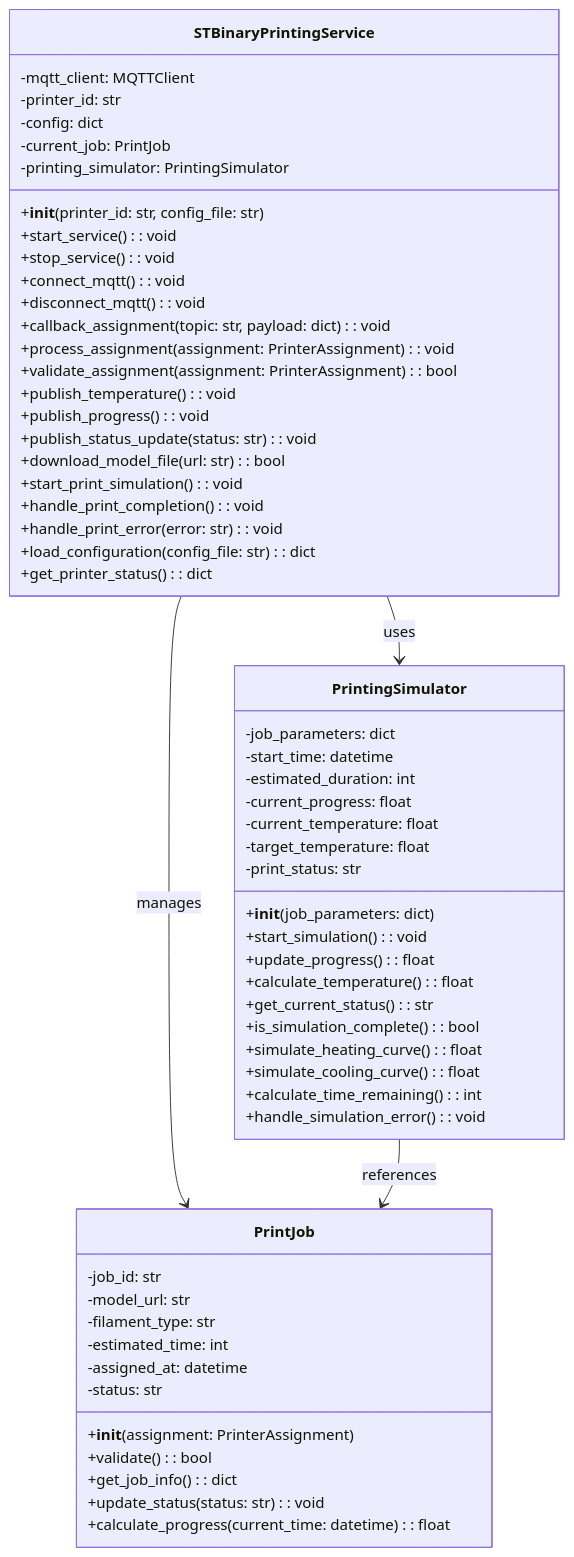
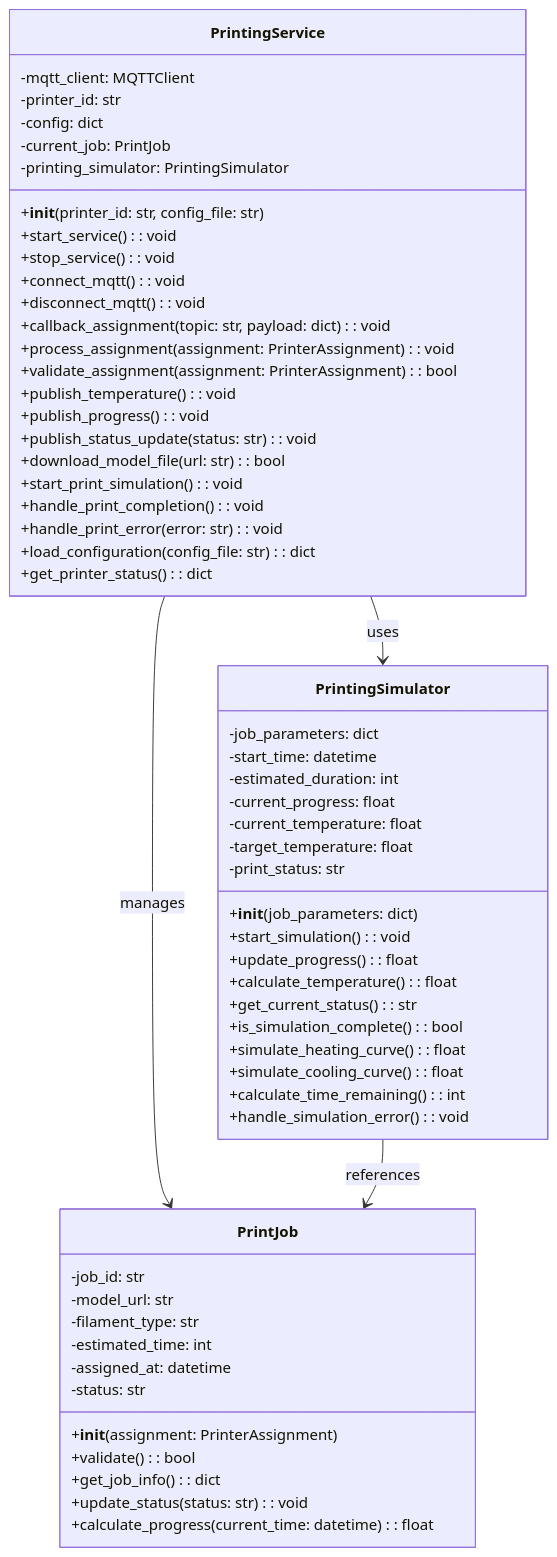
One commit to leonardosos/3D_Printer_Lab changed the diagram in st_printer/README.md. Above: the diagram before and after it, drawn with Mermaid. The commit also changed other lines of this file and 4 other files, not shown here.

Commit message:
add printer readmeand fix related communicatiom,defined port schema

````diff
--- a/st_printer/README.md
+++ b/st_printer/README.md
@@ -146,72 +156,72 @@
 ```mermaid
 classDiagram
-    class STBinaryPrintingService {
+    class PrintingService {
         -mqtt_client: MQTTClient
         -printer_id: str
         -config: dict
         -current_job: PrintJob
         -printing_simulator: PrintingSimulator
 
         +__init__(printer_id: str, config_file: str)
         +start_service(): void
         +stop_service(): void
         +connect_mqtt(): void
         +disconnect_mqtt(): void
 
         +callback_assignment(topic: str, payload: dict): void
         +process_assignment(assignment: PrinterAssignment): void
         +validate_assignment(assignment: PrinterAssignment): bool
 
         +publish_temperature(): void
         +publish_progress(): void
         +publish_status_update(status: str): void
 
         +download_model_file(url: str): bool
         +start_print_simulation(): void
         +handle_print_completion(): void
         +handle_print_error(error: str): void
 
         +load_configuration(config_file: str): dict
         +get_printer_status(): dict
     }
 
     class PrintingSimulator {
         -job_parameters: dict
         -start_time: datetime
         -estimated_duration: int
         -current_progress: float
         -current_temperature: float
         -target_temperature: float
         -print_status: str
         
         +__init__(job_parameters: dict)
         +start_simulation(): void
         +update_progress(): float
         +calculate_temperature(): float
         +get_current_status(): str
         +is_simulation_complete(): bool
         +simulate_heating_curve(): float
         +simulate_cooling_curve(): float
         +calculate_time_remaining(): int
         +handle_simulation_error(): void
     }
 
     class PrintJob {
         -job_id: str
         -model_url: str
         -filament_type: str
         -estimated_time: int
         -assigned_at: datetime
         -status: str
         
         +__init__(assignment: PrinterAssignment)
         +validate(): bool
         +get_job_info(): dict
         +update_status(status: str): void
         +calculate_progress(current_time: datetime): float
     }
 
-    STBinaryPrintingService --> PrintingSimulator : uses
-    STBinaryPrintingService --> PrintJob : manages
+    PrintingService --> PrintingSimulator : uses
+    PrintingService --> PrintJob : manages
     PrintingSimulator --> PrintJob : references
 ```
````
